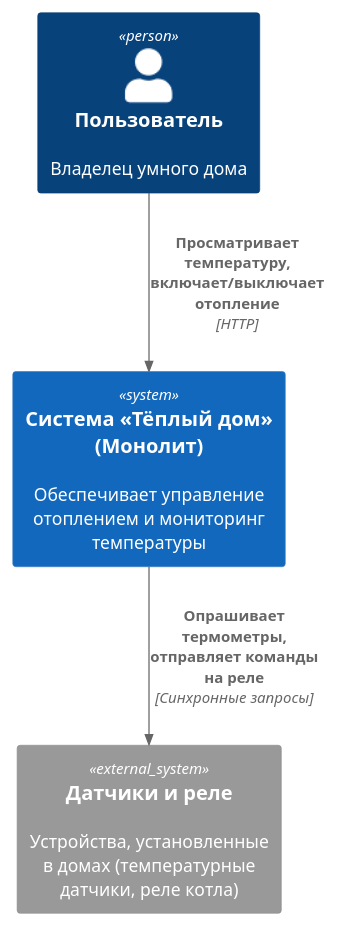
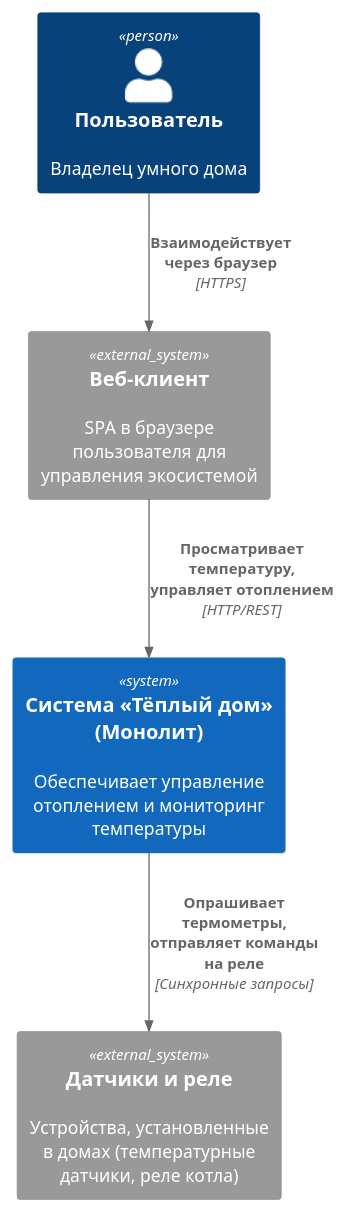
Before and after one commit to akrasnikov79/architecture-warmhouse: the first of 6 diagrams in README.md, drawn with PlantUML. The commit also changed other lines of this file and 3 other files, not shown here.

````diff
--- a/README.md
+++ b/README.md
@@ -45,12 +45,14 @@
 ```plantuml
 @startuml
 !include https://raw.githubusercontent.com/plantuml-stdlib/C4-PlantUML/master/C4_Context.puml
 
 Person(user, "Пользователь", "Владелец умного дома")
 System(warmhouse, "Система «Тёплый дом» (Монолит)", "Обеспечивает управление отоплением и мониторинг температуры")
+System_Ext(web_client, "Веб-клиент", "SPA в браузере пользователя для управления экосистемой")
 System_Ext(sensors, "Датчики и реле", "Устройства, установленные в домах (температурные датчики, реле котла)")
 
-Rel(user, warmhouse, "Просматривает температуру, включает/выключает отопление", "HTTP")
+Rel(user, web_client, "Взаимодействует через браузер", "HTTPS")
+Rel(web_client, warmhouse, "Просматривает температуру, управляет отоплением", "HTTP/REST")
 Rel(warmhouse, sensors, "Опрашивает термометры, отправляет команды на реле", "Синхронные запросы")
 @enduml
 ```
````
